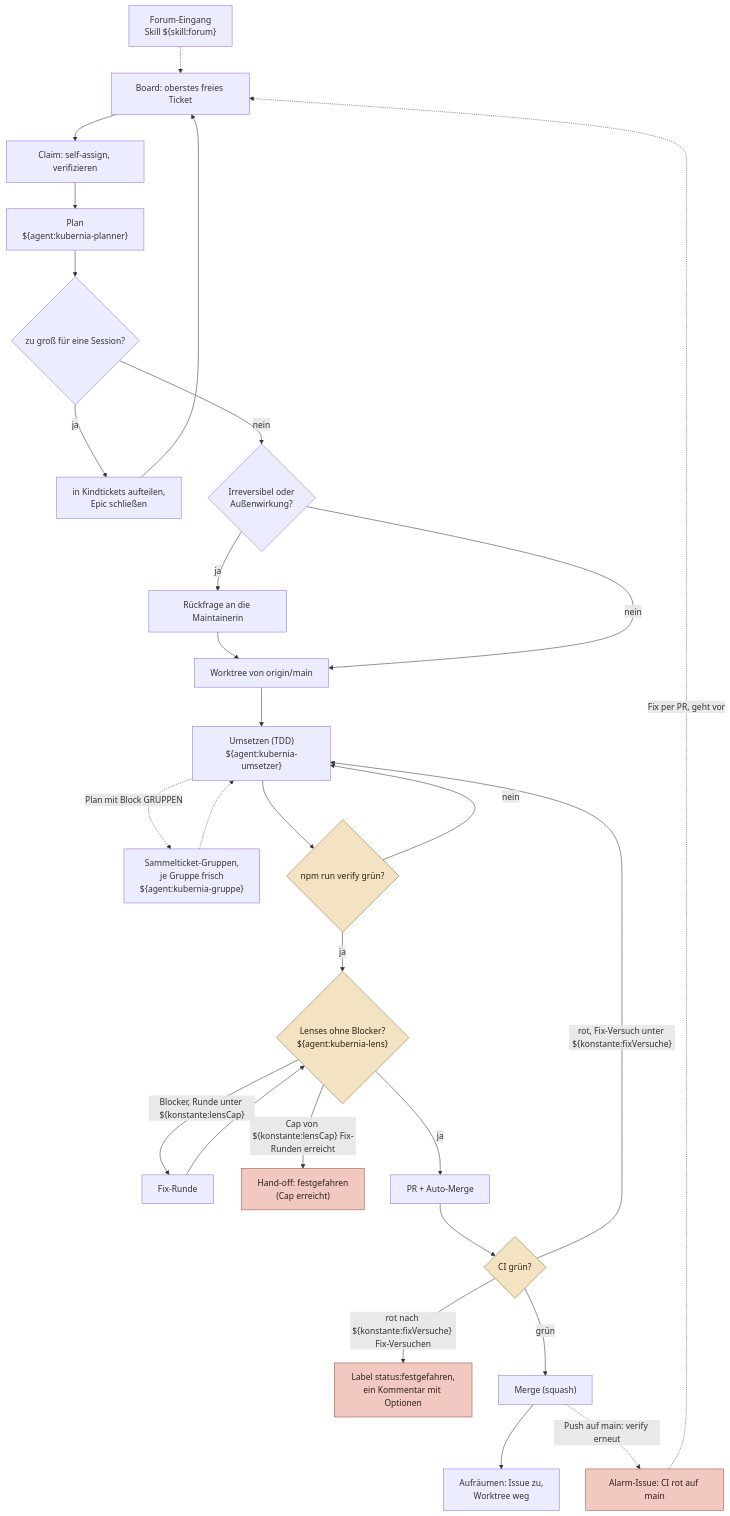
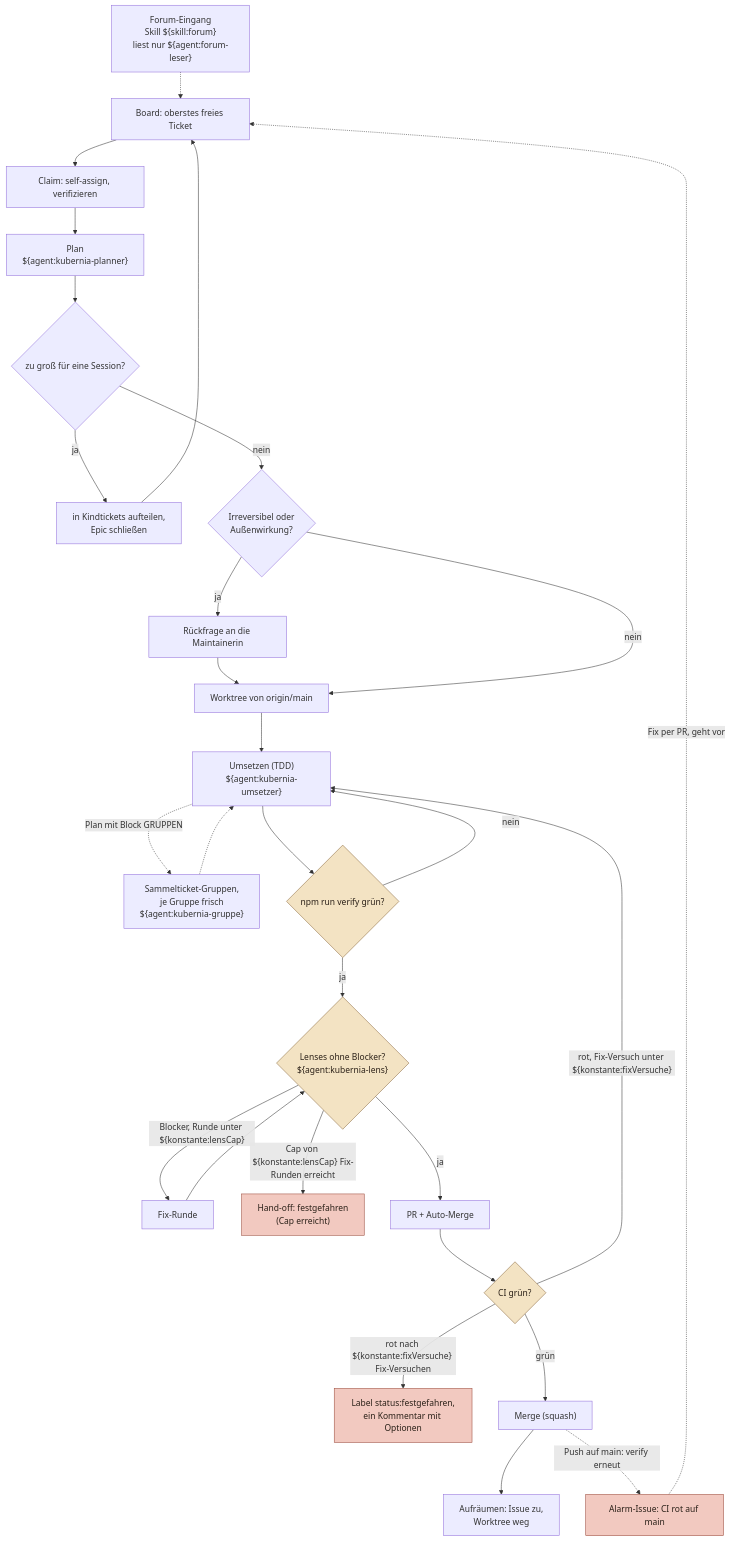
The diagram in docs/diagramme/agenten-ablauf.mmd (fluffels/kubernia), drawn with Mermaid before and after one commit. The commit also changed 18 other files, not shown here.

First line of the commit message:
feat(harness): Forum-Triage in Quarantäne, forum-leser nur mit Read (#1435) (#1679)

```diff
--- a/docs/diagramme/agenten-ablauf.mmd
+++ b/docs/diagramme/agenten-ablauf.mmd
@@ -1,48 +1,48 @@
 flowchart TD
   board["Board: oberstes freies Ticket"]
   claim["Claim: self-assign, verifizieren"]
   wt["Worktree von origin/main"]
   plan["Plan<br/>${agent:kubernia-planner}"]
   epic{"zu groß für eine Session?"}
   kinder["in Kindtickets aufteilen,<br/>Epic schließen"]
   pre{"Irreversibel oder<br/>Außenwirkung?"}
   frage["Rückfrage an die Maintainerin"]
   umsetzen["Umsetzen (TDD)<br/>${agent:kubernia-umsetzer}"]
   gruppen["Sammelticket-Gruppen,<br/>je Gruppe frisch<br/>${agent:kubernia-gruppe}"]
   verify{"npm run verify grün?"}
   lenses{"Lenses ohne Blocker?<br/>${agent:kubernia-lens}"}
   fix["Fix-Runde"]
   handoff["Hand-off: festgefahren<br/>(Cap erreicht)"]
   pr["PR + Auto-Merge"]
   ci{"CI grün?"}
   fest["Label status:festgefahren,<br/>ein Kommentar mit Optionen"]
   merge["Merge (squash)"]
   cleanup["Aufräumen: Issue zu,<br/>Worktree weg"]
   alarm["Alarm-Issue: CI rot auf main"]
-  forum["Forum-Eingang<br/>Skill ${skill:forum}"]
+  forum["Forum-Eingang<br/>Skill ${skill:forum}<br/>liest nur ${agent:forum-leser}"]
 
   board --> claim --> plan --> epic
   epic -- ja --> kinder --> board
   epic -- nein --> pre
   pre -- ja --> frage --> wt
   pre -- nein --> wt
   wt --> umsetzen
   umsetzen --> verify
   umsetzen -.->|"Plan mit Block GRUPPEN"| gruppen -.-> umsetzen
   verify -- nein --> umsetzen
   verify -- ja --> lenses
   lenses -- "Blocker, Runde unter ${konstante:lensCap}" --> fix --> lenses
   lenses -- "Cap von ${konstante:lensCap} Fix-Runden erreicht" --> handoff
   lenses -- ja --> pr
   pr --> ci
   ci -- "rot, Fix-Versuch unter ${konstante:fixVersuche}" --> umsetzen
   ci -- "rot nach ${konstante:fixVersuche} Fix-Versuchen" --> fest
   ci -- grün --> merge --> cleanup
   merge -.->|"Push auf main: verify erneut"| alarm
   alarm -.->|"Fix per PR, geht vor"| board
   forum -.-> board
 
   classDef schleife fill:#f3e3c3,stroke:#8a6a3f,color:#2b2118
   classDef stopp fill:#f2c9c0,stroke:#9a4a3a,color:#2b2118
   class verify,lenses,ci schleife
   class handoff,fest,alarm stopp
```
